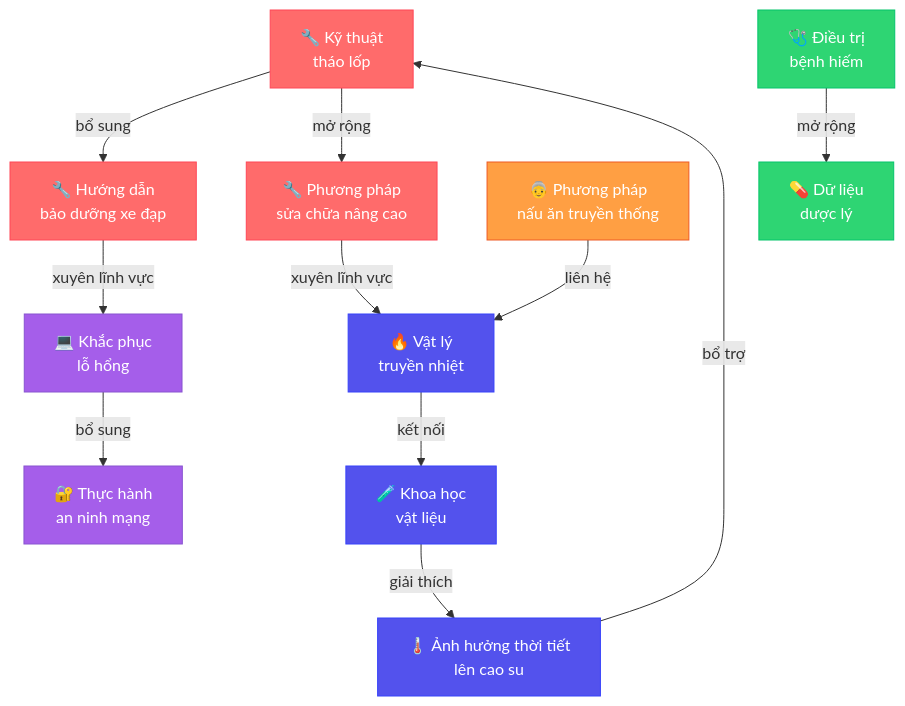
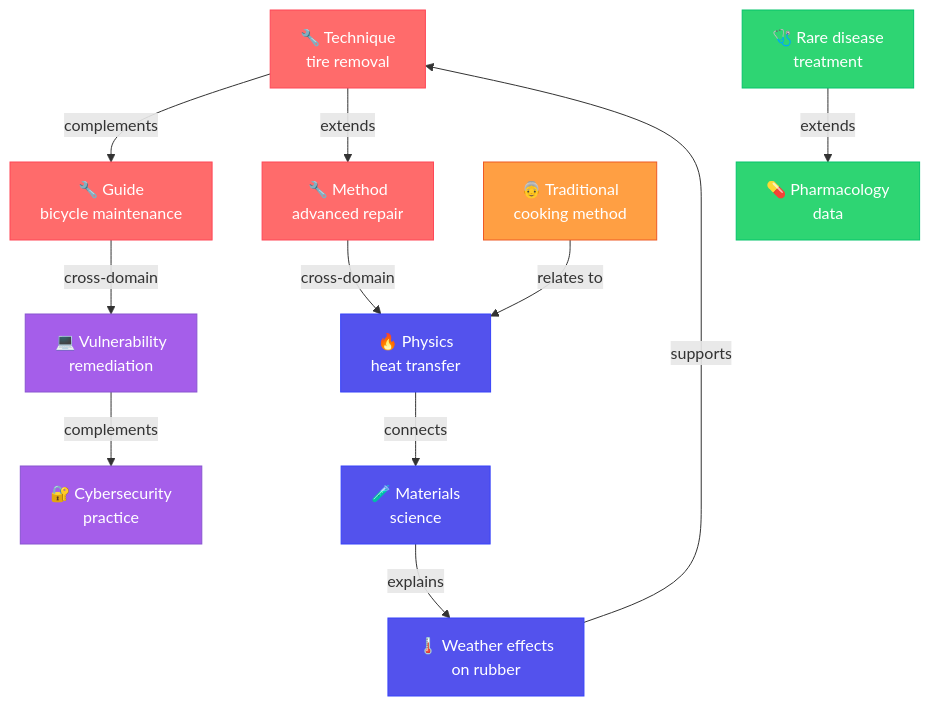
Before and after one commit to shpy2001gemi/OneBrain: the first of 4 diagrams in README.md, drawn with Mermaid. The commit also changed other lines of this file and 1 other file, not shown here.

````diff
--- a/README.md
+++ b/README.md
@@ -279,25 +281,25 @@
 ```mermaid
 graph TD
-    A["🔧 Kỹ thuật<br/>tháo lốp"] -->|bổ sung| B["🔧 Hướng dẫn<br/>bảo dưỡng xe đạp"]
-    A -->|mở rộng| C["🔧 Phương pháp<br/>sửa chữa nâng cao"]
-    D["🌡️ Ảnh hưởng thời tiết<br/>lên cao su"] -->|bổ trợ| A
-    E["🧪 Khoa học<br/>vật liệu"] -->|giải thích| D
-    F["👵 Phương pháp<br/>nấu ăn truyền thống"] -->|liên hệ| G["🔥 Vật lý<br/>truyền nhiệt"]
-    G -->|kết nối| E
-    H["🩺 Điều trị<br/>bệnh hiếm"] -->|mở rộng| I["💊 Dữ liệu<br/>dược lý"]
-    J["💻 Khắc phục<br/>lỗ hổng"] -->|bổ sung| K["🔐 Thực hành<br/>an ninh mạng"]
-    C -->|xuyên lĩnh vực| G
-    B -->|xuyên lĩnh vực| J
+    A["🔧 Technique<br/>tire removal"] -->|complements| B["🔧 Guide<br/>bicycle maintenance"]
+    A -->|extends| C["🔧 Method<br/>advanced repair"]
+    D["🌡️ Weather effects<br/>on rubber"] -->|supports| A
+    E["🧪 Materials<br/>science"] -->|explains| D
+    F["👵 Traditional<br/>cooking method"] -->|relates to| G["🔥 Physics<br/>heat transfer"]
+    G -->|connects| E
+    H["🩺 Rare disease<br/>treatment"] -->|extends| I["💊 Pharmacology<br/>data"]
+    J["💻 Vulnerability<br/>remediation"] -->|complements| K["🔐 Cybersecurity<br/>practice"]
+    C -->|cross-domain| G
+    B -->|cross-domain| J
 
     style A fill:#ff6b6b,stroke:#ff4757,color:#fff
     style B fill:#ff6b6b,stroke:#ff4757,color:#fff
     style C fill:#ff6b6b,stroke:#ff4757,color:#fff
     style D fill:#5352ed,stroke:#3742fa,color:#fff
     style E fill:#5352ed,stroke:#3742fa,color:#fff
     style F fill:#ff9f43,stroke:#ee5a24,color:#fff
     style G fill:#5352ed,stroke:#3742fa,color:#fff
     style H fill:#2ed573,stroke:#05c46b,color:#fff
     style I fill:#2ed573,stroke:#05c46b,color:#fff
     style J fill:#a55eea,stroke:#8854d0,color:#fff
     style K fill:#a55eea,stroke:#8854d0,color:#fff
 ```
````
